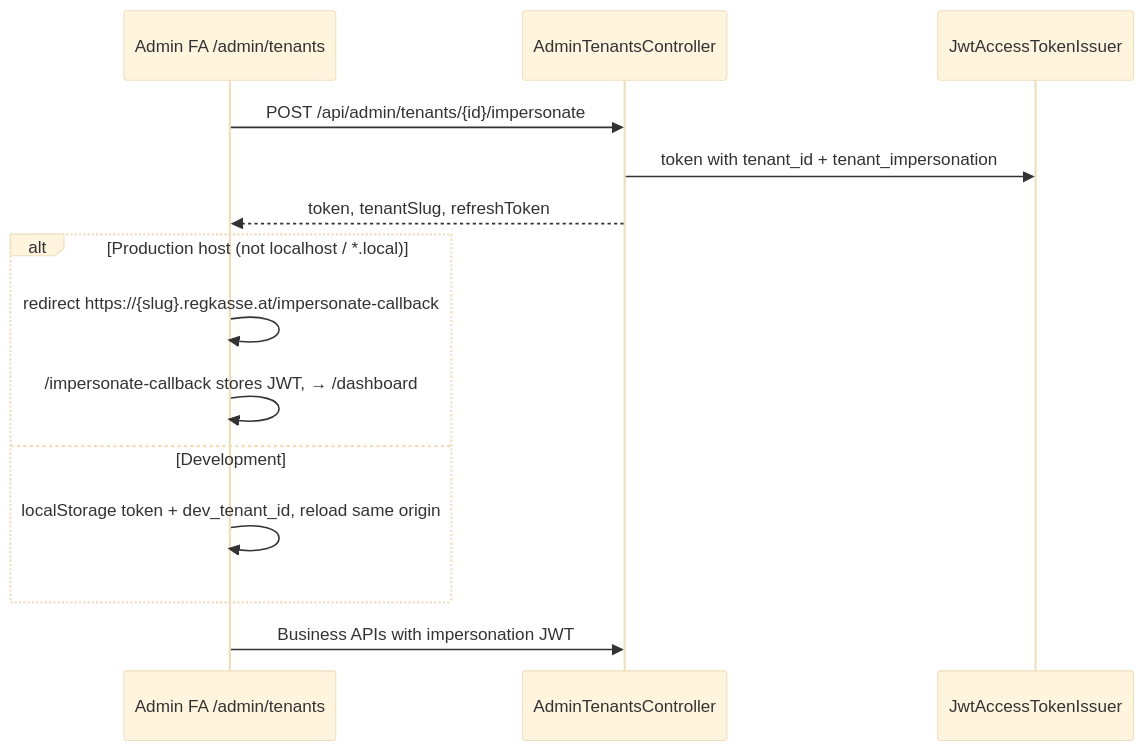
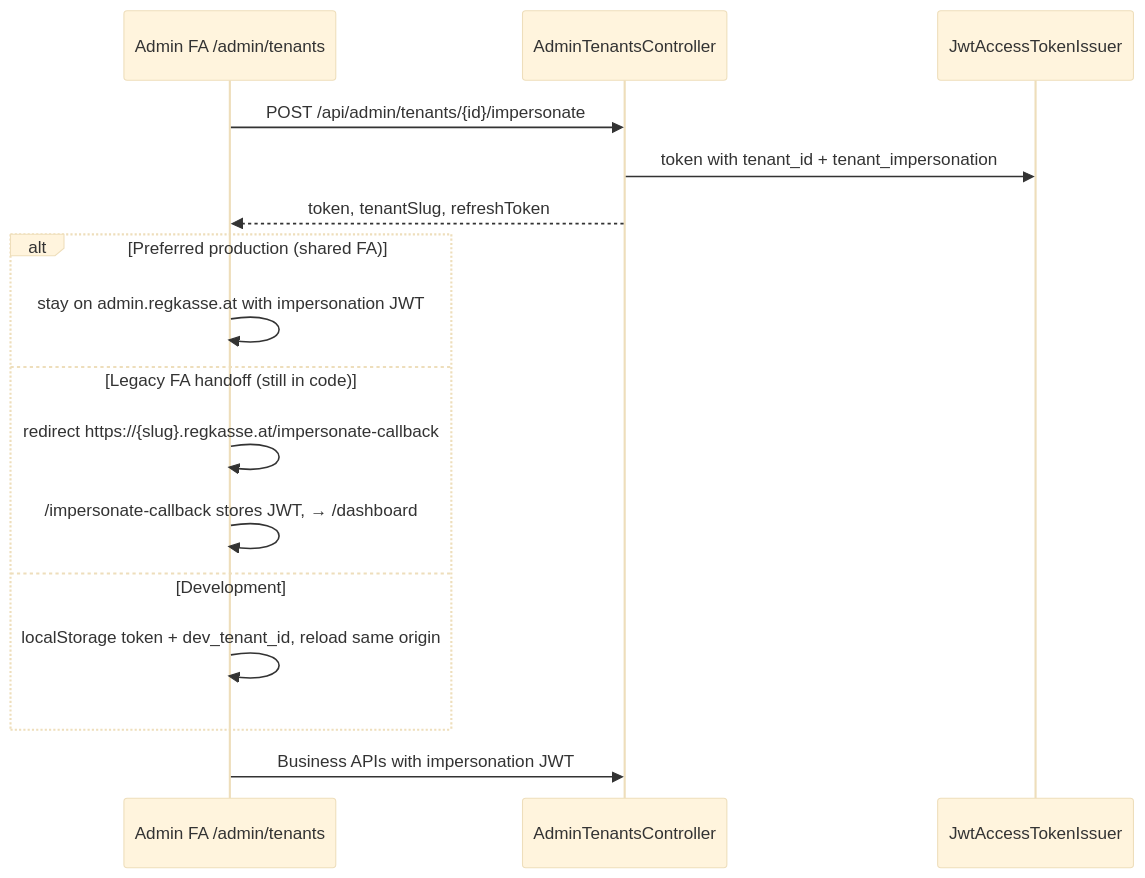
One commit to Jukingen/Regkasse changed the second of 2 diagrams in docs/MULTI_TENANT.md. Above: the diagram before and after it, drawn with Mermaid (base theme). The commit also changed other lines of this file and 668 other files, not shown here.

````diff
--- a/docs/MULTI_TENANT.md
+++ b/docs/MULTI_TENANT.md
@@ -200,17 +200,19 @@
 ```mermaid
 sequenceDiagram
     participant UI as Admin FA /admin/tenants
     participant API as AdminTenantsController
     participant JWT as JwtAccessTokenIssuer
 
     UI->>API: POST /api/admin/tenants/{id}/impersonate
     API->>JWT: token with tenant_id + tenant_impersonation
     API-->>UI: token, tenantSlug, refreshToken
-    alt Production host (not localhost / *.local)
+    alt Preferred production (shared FA)
+        UI->>UI: stay on admin.regkasse.at with impersonation JWT
+    else Legacy FA handoff (still in code)
         UI->>UI: redirect https://{slug}.regkasse.at/impersonate-callback#impersonate_token=…
         UI->>UI: /impersonate-callback stores JWT, → /dashboard
     else Development
         UI->>UI: localStorage token + dev_tenant_id, reload same origin
     end
     UI->>API: Business APIs with impersonation JWT
 ```
````
